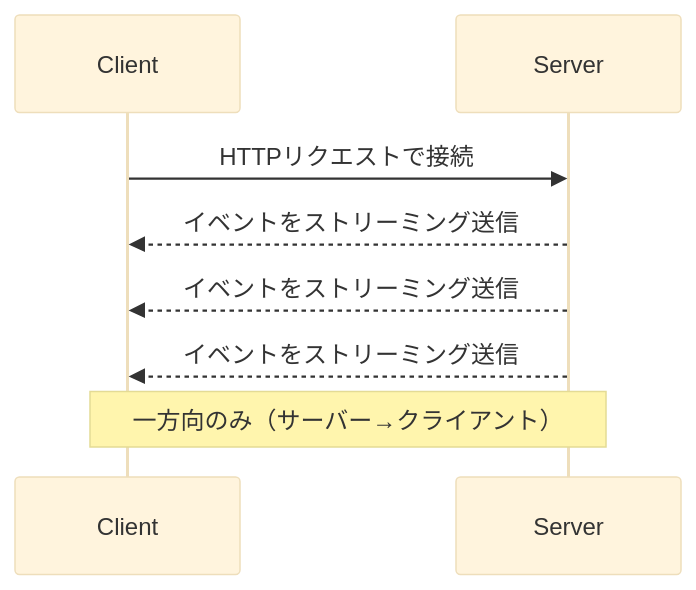
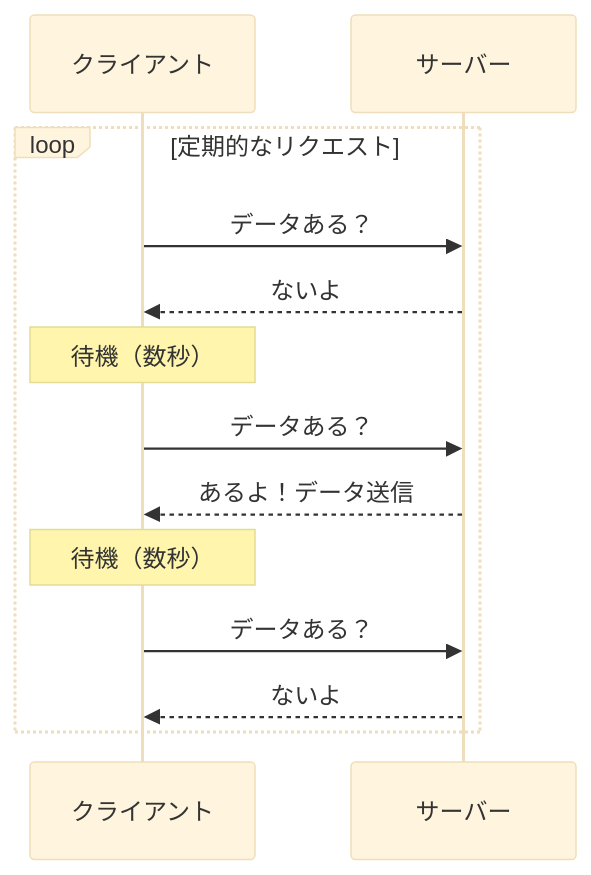
Before and after one commit to fl-bunya/sse-chat: the first of 3 diagrams in LT.md, drawn with Mermaid (base theme). The commit also changed other lines of this file, not shown here.

````diff
--- a/LT.md
+++ b/LT.md
@@ -84,10 +53,16 @@
 ```mermaid
 sequenceDiagram
-  participant Client
-  participant Server
-  Client->>Server: HTTPリクエストで接続
-  Server-->>Client: イベントをストリーミング送信
-  Server-->>Client: イベントをストリーミング送信
-  Server-->>Client: イベントをストリーミング送信
-  Note over Client,Server: 一方向のみ（サーバー→クライアント）
+    participant C as クライアント
+    participant S as サーバー
+    
+    loop 定期的なリクエスト
+        C->>S: データある？
+        S-->>C: ないよ
+        Note over C: 待機（数秒）
+        C->>S: データある？
+        S-->>C: あるよ！データ送信
+        Note over C: 待機（数秒）
+        C->>S: データある？
+        S-->>C: ないよ
+    end
 ```
````
